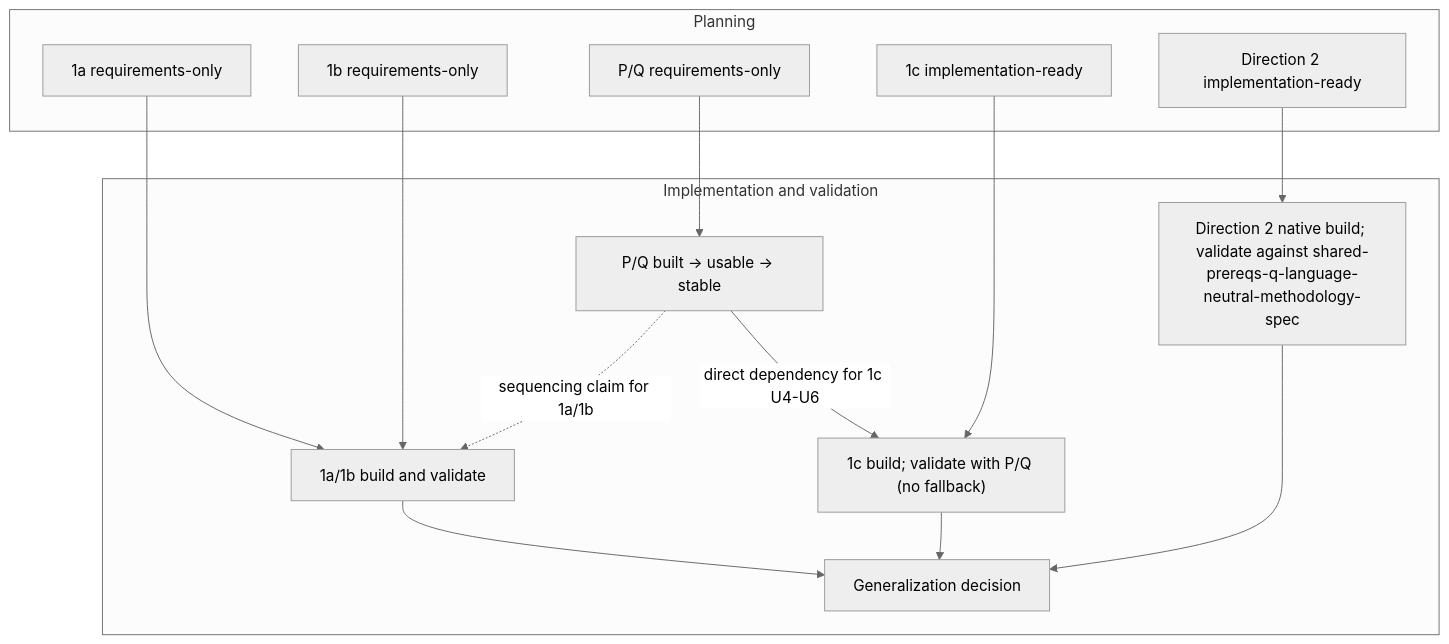
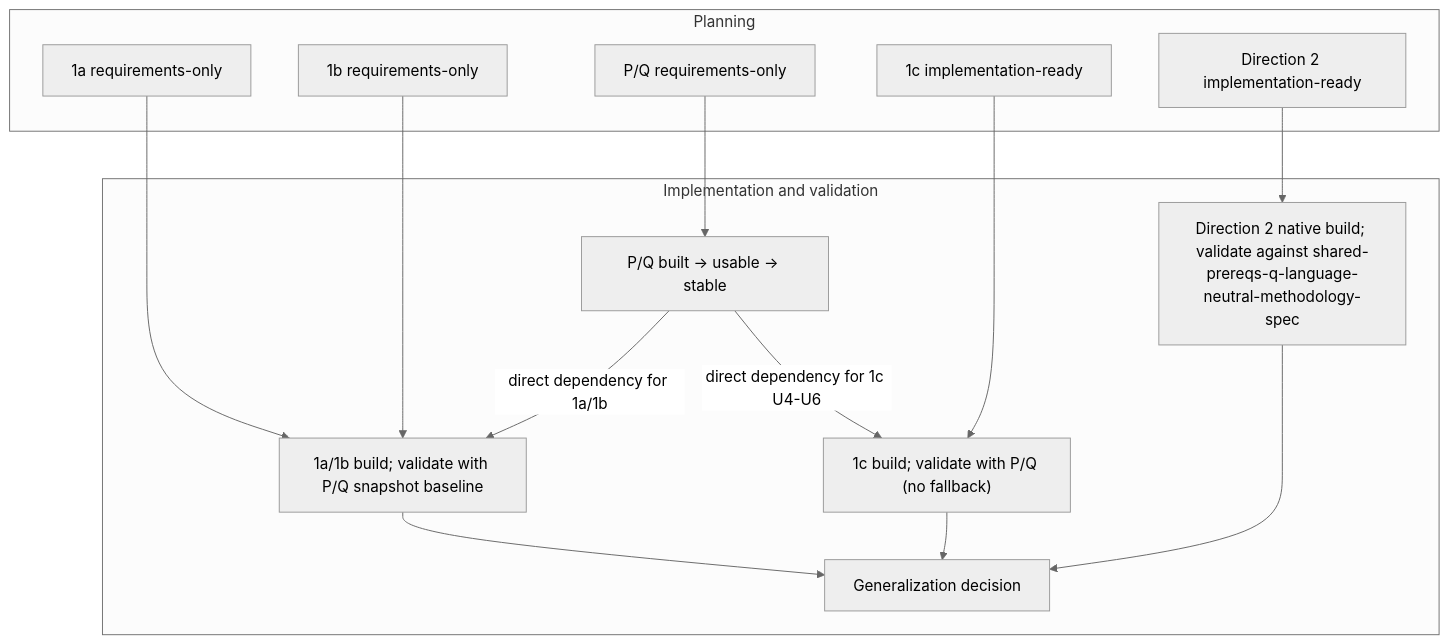
Before and after one commit to billf/convex-backend: the third of 3 diagrams in docs/plans/planning-timeline.md, drawn with Mermaid (neutral theme). The commit also changed other lines of this file and 14 other files, not shown here.

````diff
--- a/docs/plans/planning-timeline.md
+++ b/docs/plans/planning-timeline.md
@@ -82,29 +82,29 @@
 ```mermaid
 flowchart TB
   subgraph Planning["Planning"]
     plan1a["1a requirements-only"]
     plan1b["1b requirements-only"]
     planPQ["P/Q requirements-only"]
     plan1c["1c implementation-ready"]
     plan2["Direction 2 implementation-ready"]
   end
 
   subgraph Delivery["Implementation and validation"]
     d1["P/Q built → usable → stable"]
-    d2["1a/1b build and validate"]
+    d2["1a/1b build; validate with P/Q snapshot baseline"]
     d3["1c build; validate with P/Q (no fallback)"]
     d4["Direction 2 native build; validate against shared-prereqs-q-language-neutral-methodology-spec"]
     d5["Generalization decision"]
   end
 
   planPQ --> d1
   plan1a --> d2
   plan1b --> d2
   plan1c --> d3
   plan2 --> d4
-  d1 -. "sequencing claim for 1a/1b" .-> d2
+  d1 -->|"direct dependency for 1a/1b"| d2
   d1 -->|"direct dependency for 1c U4-U6"| d3
   d2 --> d5
   d3 --> d5
   d4 --> d5
 ```
````
